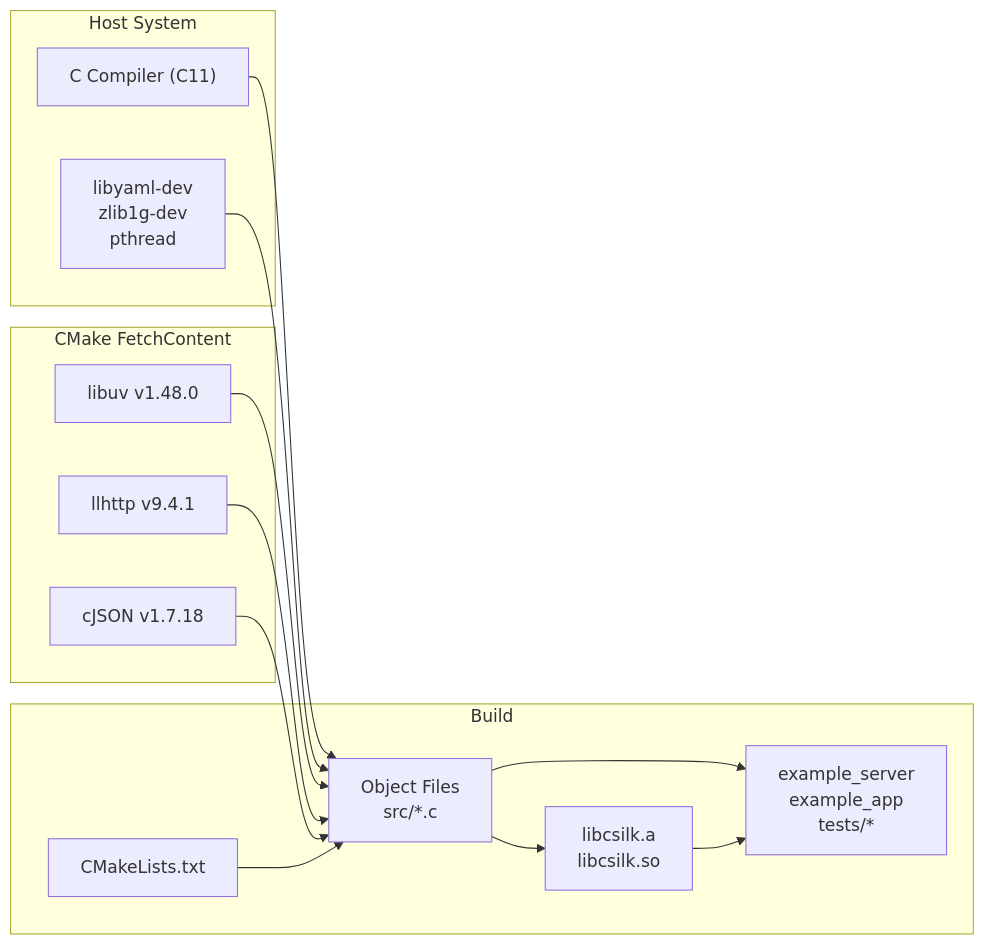
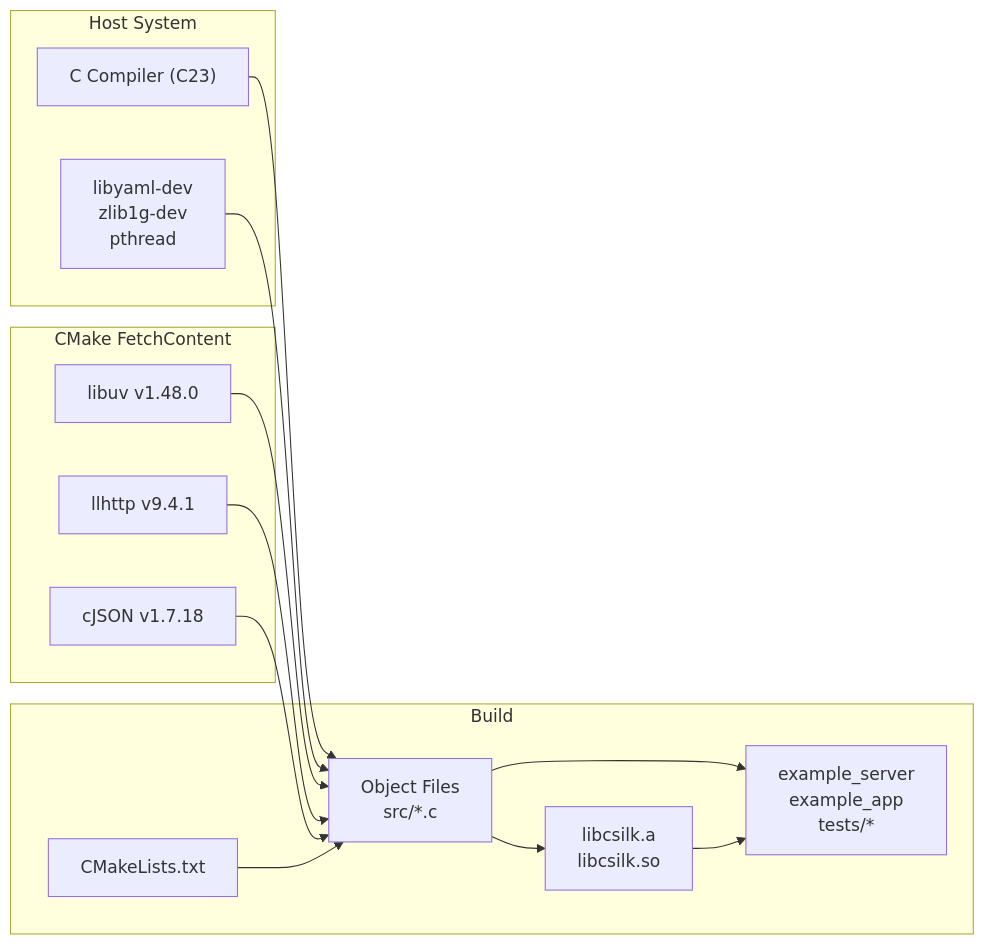
Before and after one commit to quintin-lee/csilk: the first of 2 diagrams in docs/getting-started.md, drawn with Mermaid. The commit also changed other lines of this file and 34 other files, not shown here.

````diff
--- a/docs/getting-started.md
+++ b/docs/getting-started.md
@@ -17,30 +17,30 @@
 ```mermaid
 flowchart LR
     subgraph Host System
-        CC["C Compiler (C11)"]
+        CC["C Compiler (C23)"]
         SYS["libyaml-dev\nzlib1g-dev\npthread"]
     end
 
     subgraph "CMake FetchContent"
         UV["libuv v1.48.0"]
         LL["llhttp v9.4.1"]
         CJ["cJSON v1.7.18"]
     end
 
     subgraph Build
         CMAKE["CMakeLists.txt"]
         OBJ["Object Files\nsrc/*.c"]
         LIB["libcsilk.a\nlibcsilk.so"]
         EXE["example_server\nexample_app\ntests/*"]
     end
 
     CC --> OBJ
     SYS --> OBJ
     UV --> OBJ
     LL --> OBJ
     CJ --> OBJ
     CMAKE --> OBJ
     OBJ --> LIB
     OBJ --> EXE
     LIB --> EXE
 ```
````
